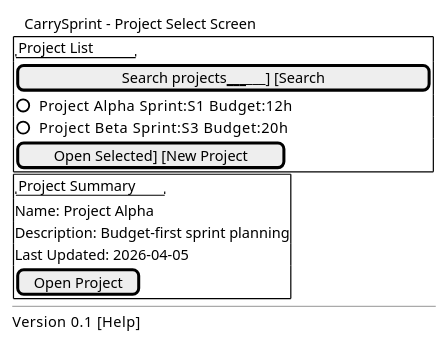
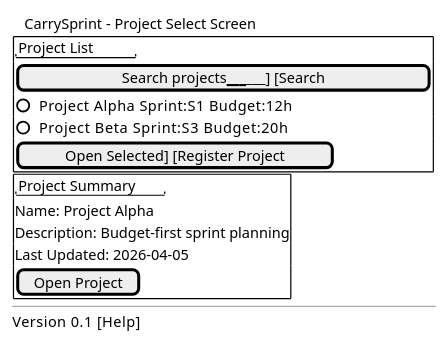
One commit to fangface-hub/carry_sprint_docs changed the diagram in docs/ui/screen_project_select.puml. Above: the diagram before and after it, drawn with PlantUML. The commit also changed 7 other files, not shown here.

Commit message:
add project register

```diff
--- a/docs/ui/screen_project_select.puml
+++ b/docs/ui/screen_project_select.puml
@@ -1,27 +1,27 @@
 @startuml CarrySprintProjectSelectScreen
 salt
 {
 {T
 + CarrySprint - Project Select Screen
 }
 {|
 {+
 "Project List"
 [Search projects__________________] [Search]
 ()	Project Alpha   Sprint:S1   Budget:12h
 ()	Project Beta    Sprint:S3   Budget:20h
-[Open Selected] [New Project]
+[Open Selected] [Register Project]
 }
 {+
 "Project Summary"
 Name: Project Alpha
 Description: Budget-first sprint planning
 Last Updated: 2026-04-05
 [Open Project]
 }
 |}
 --
 Version 0.1   [Help]
 }
 }
 @enduml
```
